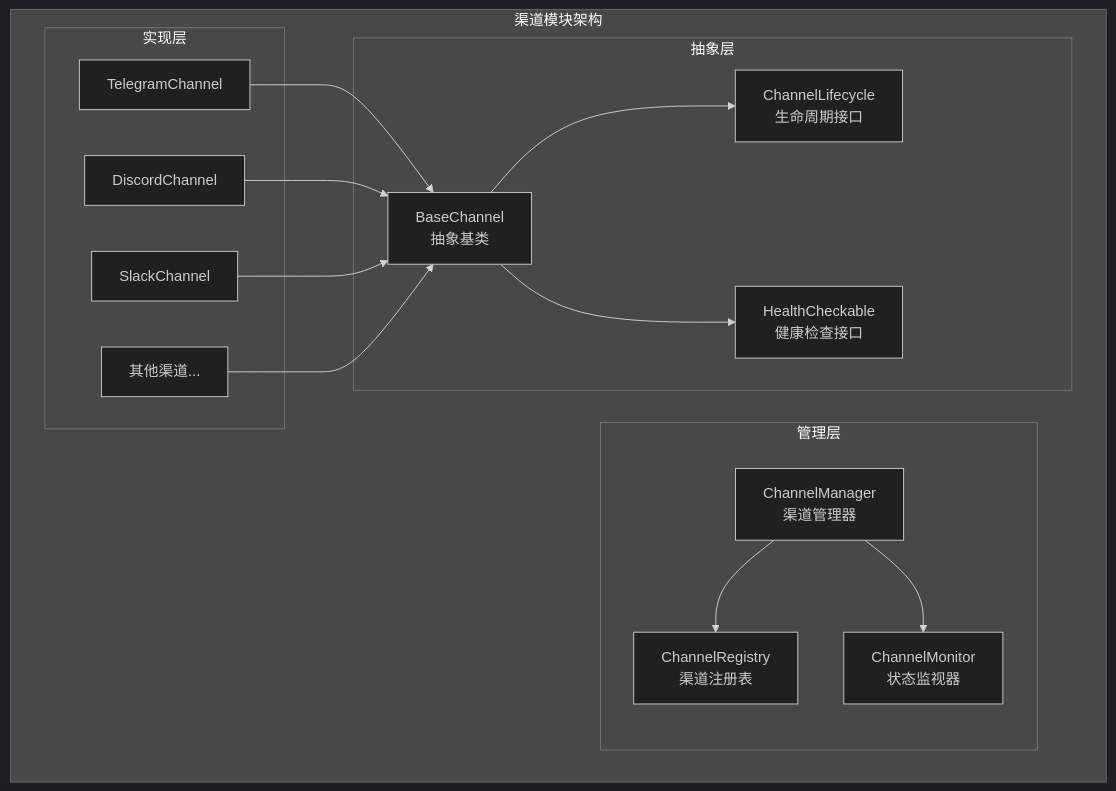
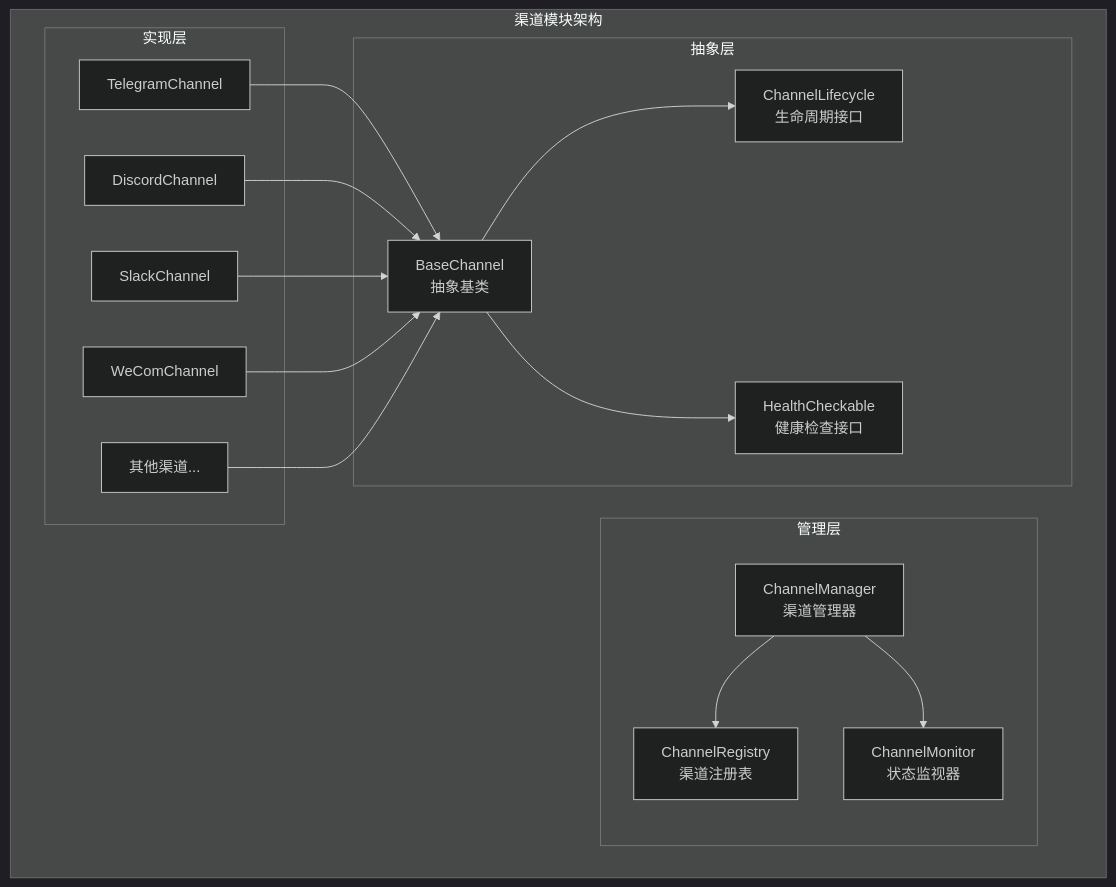
Diagram 21 of 25 in docs/ARCHITECTURE_CN.md (jenpeng/horbot), drawn with Mermaid (dark theme) before and after one commit. The commit also changed other lines of this file and 22 other files, not shown here.

Commit message:
Add WeCom channel support and sync docs

````diff
--- a/docs/ARCHITECTURE_CN.md
+++ b/docs/ARCHITECTURE_CN.md
@@ -1947,32 +1953,34 @@
 ```mermaid
 graph TB
     subgraph "渠道模块架构"
         subgraph "抽象层"
             BASE[BaseChannel<br/>抽象基类]
             LIFECYCLE[ChannelLifecycle<br/>生命周期接口]
             HEALTH[HealthCheckable<br/>健康检查接口]
         end
         
         subgraph "管理层"
             MANAGER[ChannelManager<br/>渠道管理器]
             REGISTRY[ChannelRegistry<br/>渠道注册表]
             MONITOR[ChannelMonitor<br/>状态监视器]
         end
         
         subgraph "实现层"
             TG[TelegramChannel]
             DC[DiscordChannel]
             SL[SlackChannel]
+            WC[WeComChannel]
             OTHER[其他渠道...]
         end
         
         BASE --> LIFECYCLE
         BASE --> HEALTH
         MANAGER --> REGISTRY
         MANAGER --> MONITOR
         TG --> BASE
         DC --> BASE
         SL --> BASE
+        WC --> BASE
         OTHER --> BASE
     end
 ```
````
